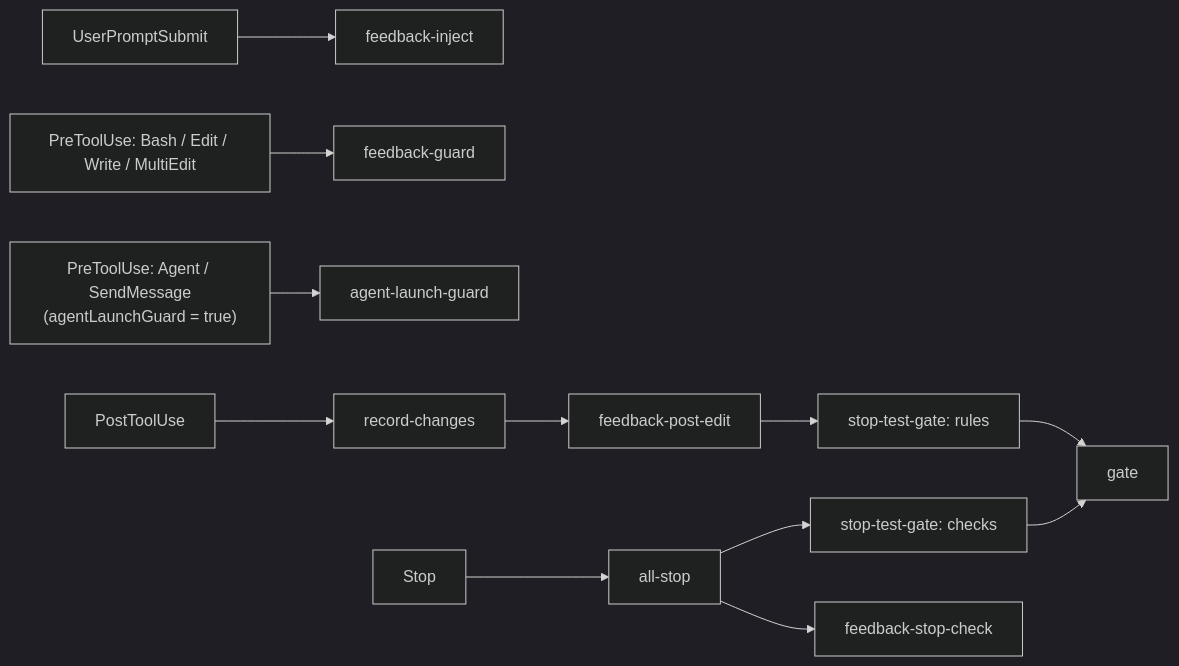
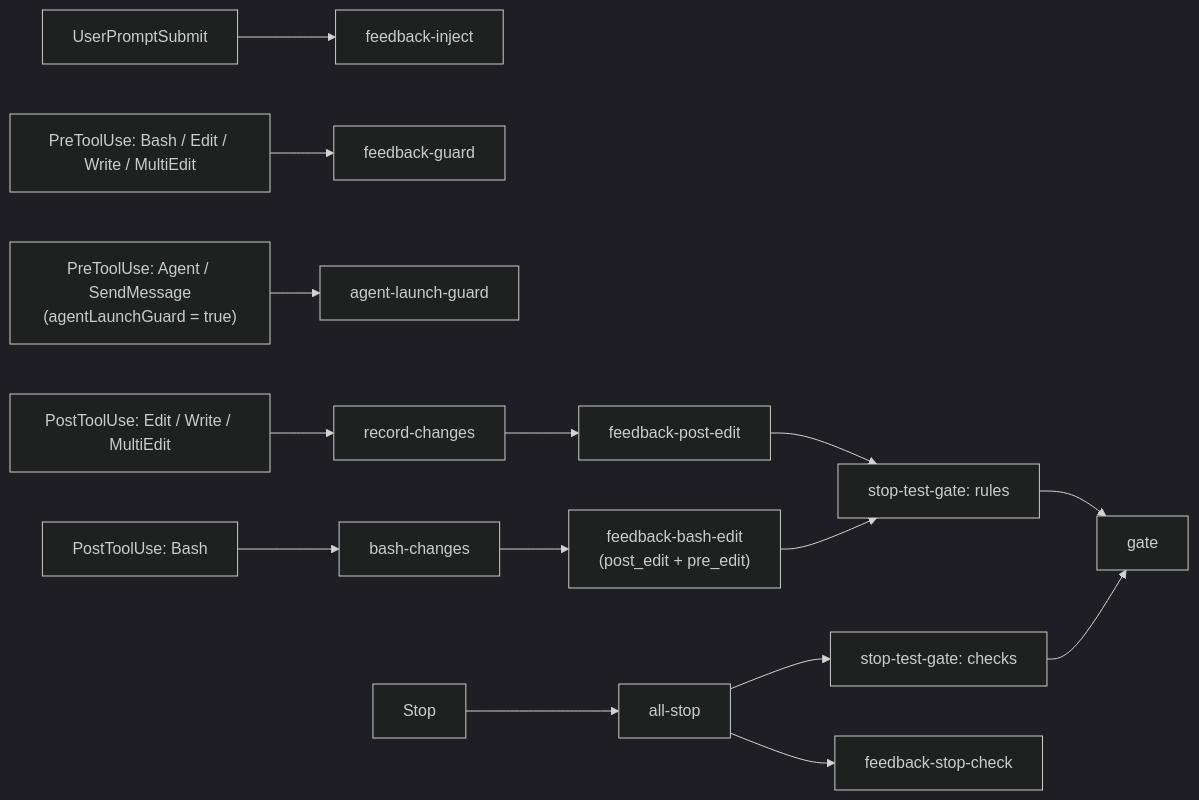
One commit to nonchan7720/claude-hook-gate changed the diagram in README.md. Above: the diagram before and after it, drawn with Mermaid (dark theme). The commit also changed other lines of this file and 11 other files, not shown here.

Commit message:
feat: check files written by Bash with the post_edit / pre_edit feedback rules (#31)

````diff
--- a/README.md
+++ b/README.md
@@ -60,14 +64,17 @@
 ```mermaid
 flowchart LR
   P[UserPromptSubmit] --> I[feedback-inject]
   T[PreToolUse: Bash / Edit / Write / MultiEdit] --> G[feedback-guard]
   T2["PreToolUse: Agent / SendMessage<br/>(agentLaunchGuard = true)"] --> AL[agent-launch-guard]
-  E[PostToolUse] --> R[record-changes]
+  E[PostToolUse: Edit / Write / MultiEdit] --> R[record-changes]
   R --> PE[feedback-post-edit]
   PE --> S[stop-test-gate: rules]
+  EB[PostToolUse: Bash] --> BC[bash-changes]
+  BC --> BE["feedback-bash-edit<br/>(post_edit + pre_edit)"]
+  BE --> S
   S --> SG[gate]
   X[Stop] --> A[all-stop]
   A --> C[stop-test-gate: checks]
   A --> F[feedback-stop-check]
   C --> SG
 ```
````
